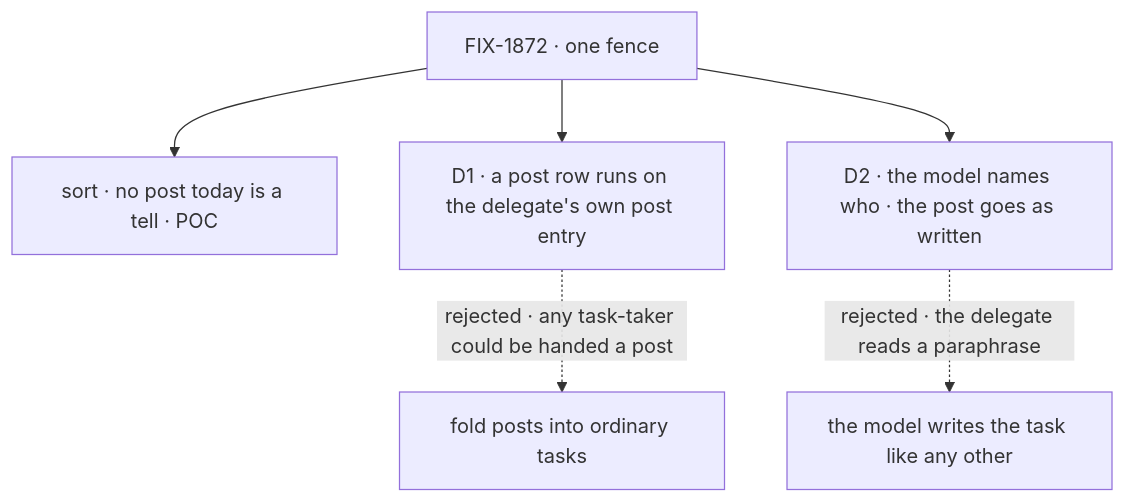
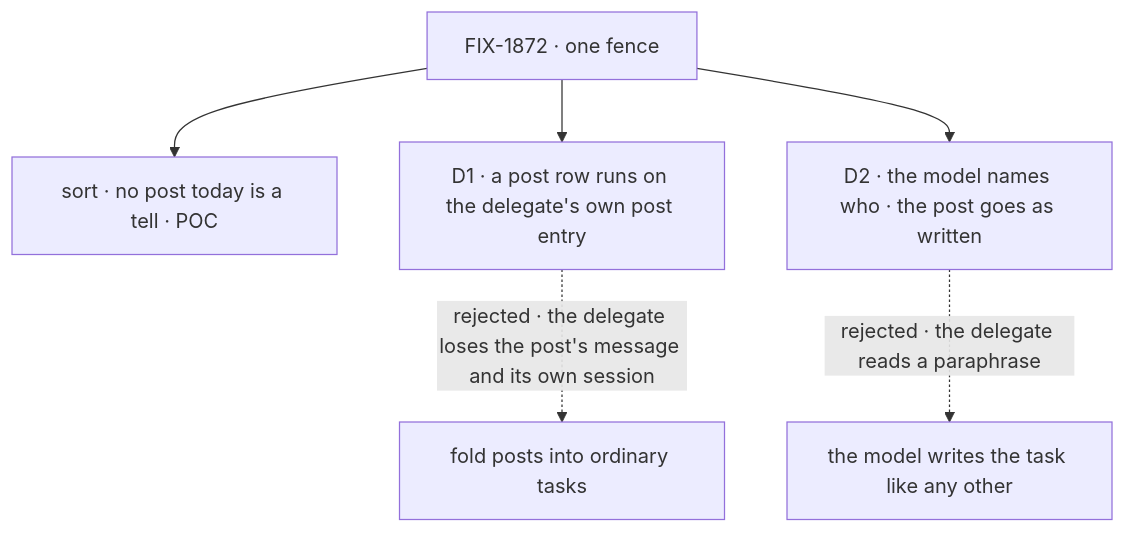
Before and after one commit to fixpoint-labs/flow-state-dev: the diagram in specs/issues/FIX-1872/DECISIONS.md, drawn with Mermaid. The commit also changed other lines of this file and 7 other files, not shown here.

````diff
--- a/specs/issues/FIX-1872/DECISIONS.md
+++ b/specs/issues/FIX-1872/DECISIONS.md
@@ -12,8 +12,8 @@
 ```mermaid
 flowchart TD
   I["FIX-1872 · one fence"] --> S["sort · no post today is a tell · POC"]
   I --> D1["D1 · a post row runs on the delegate's own post entry"]
-  D1 -.->|"rejected · any task-taker could be handed a post"| X1["fold posts into ordinary tasks"]
+  D1 -.->|"rejected · the delegate loses the post's message and its own session"| X1["fold posts into ordinary tasks"]
   I --> D2["D2 · the model names who · the post goes as written"]
   D2 -.->|"rejected · the delegate reads a paraphrase"| X2["the model writes the task like any other"]
 ```
````
